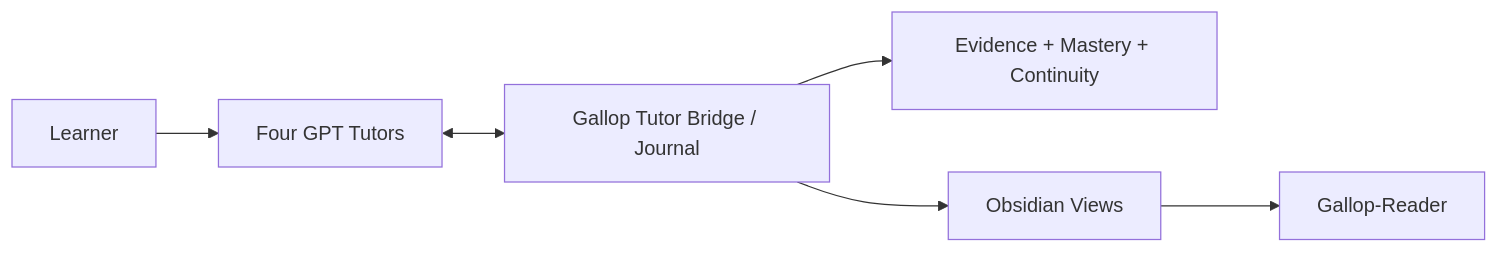
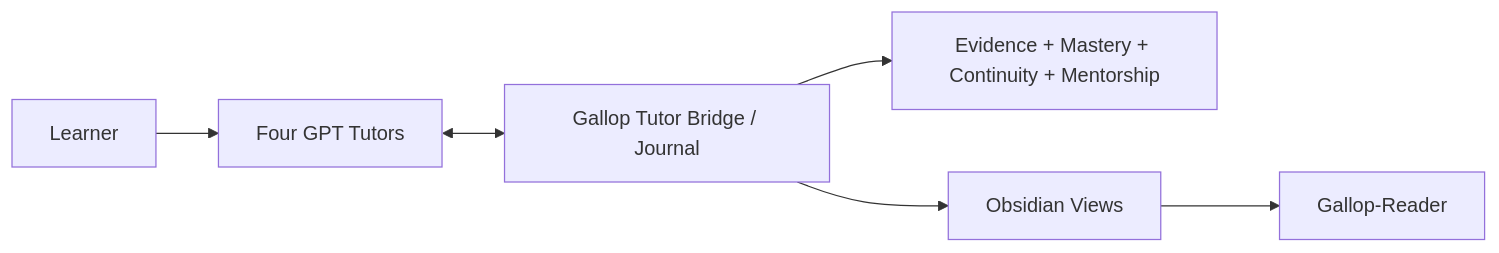
The diagram in README.en.md (lucaschang2021/gallop), drawn with Mermaid before and after one commit. The commit also changed other lines of this file, not shown here.

````diff
--- a/README.en.md
+++ b/README.en.md
@@ -47,8 +45,8 @@
 ```mermaid
 flowchart LR
     U[Learner] --> T[Four GPT Tutors]
     T <--> G[Gallop Tutor Bridge / Journal]
-    G --> E[Evidence + Mastery + Continuity]
+    G --> E[Evidence + Mastery + Continuity + Mentorship]
     G --> O[Obsidian Views]
     O --> R[Gallop-Reader]
 ```
````
